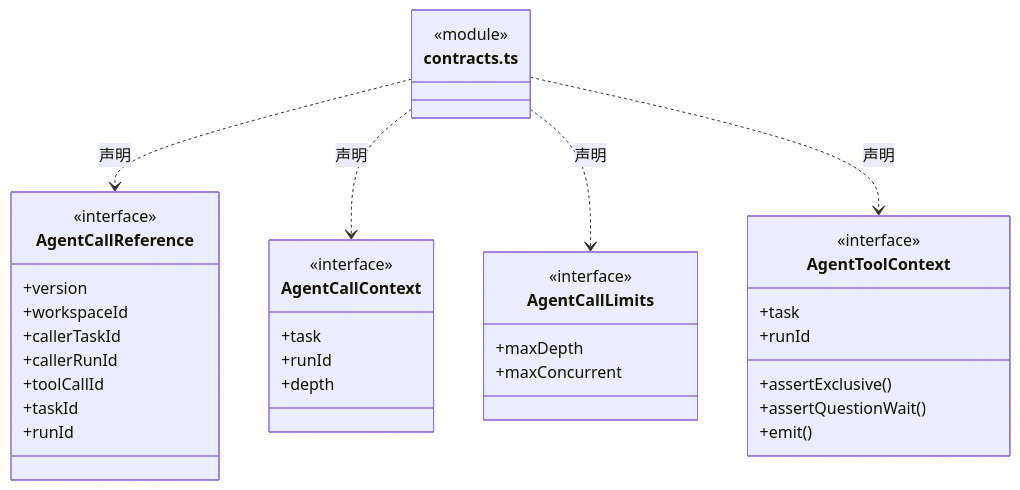
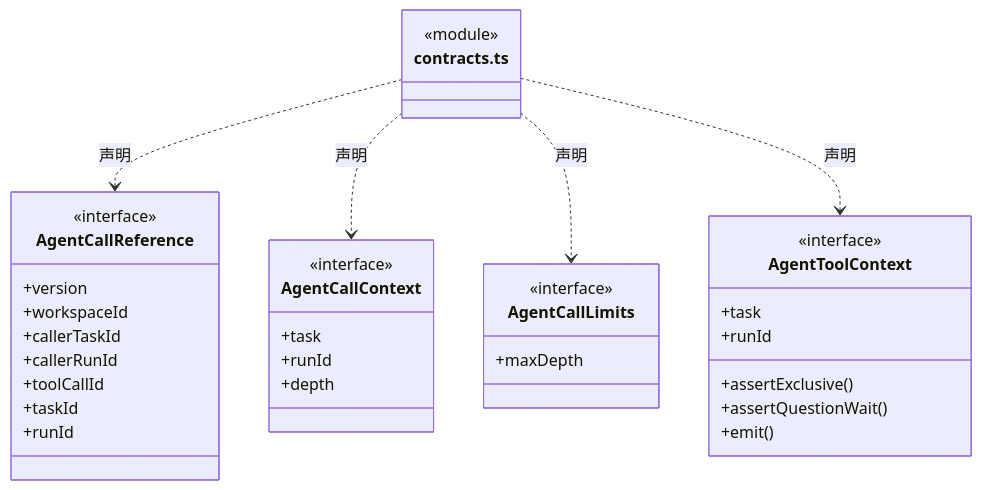
Before and after one commit to nan023062/cbim: the second of 6 diagrams in src/logic/agents/ARCHITECTURE.md, drawn with Mermaid. The commit also changed other lines of this file and 28 other files, not shown here.

````diff
--- a/src/logic/agents/ARCHITECTURE.md
+++ b/src/logic/agents/ARCHITECTURE.md
@@ -55,39 +53,38 @@
 ```mermaid
 classDiagram
 class N_src_logic_agents_contracts_ts["contracts.ts"] {
   <<module>>
 }
 class N_src_logic_agents_contracts_ts_AgentCallReference["AgentCallReference"] {
   <<interface>>
   +version
   +workspaceId
   +callerTaskId
   +callerRunId
   +toolCallId
   +taskId
   +runId
 }
 N_src_logic_agents_contracts_ts ..> N_src_logic_agents_contracts_ts_AgentCallReference : 声明
 class N_src_logic_agents_contracts_ts_AgentCallContext["AgentCallContext"] {
   <<interface>>
   +task
   +runId
   +depth
 }
 N_src_logic_agents_contracts_ts ..> N_src_logic_agents_contracts_ts_AgentCallContext : 声明
 class N_src_logic_agents_contracts_ts_AgentCallLimits["AgentCallLimits"] {
   <<interface>>
   +maxDepth
-  +maxConcurrent
 }
 N_src_logic_agents_contracts_ts ..> N_src_logic_agents_contracts_ts_AgentCallLimits : 声明
 class N_src_logic_agents_contracts_ts_AgentToolContext["AgentToolContext"] {
   <<interface>>
   +task
   +runId
   +assertExclusive()
   +assertQuestionWait()
   +emit()
 }
 N_src_logic_agents_contracts_ts ..> N_src_logic_agents_contracts_ts_AgentToolContext : 声明
 ```
````
